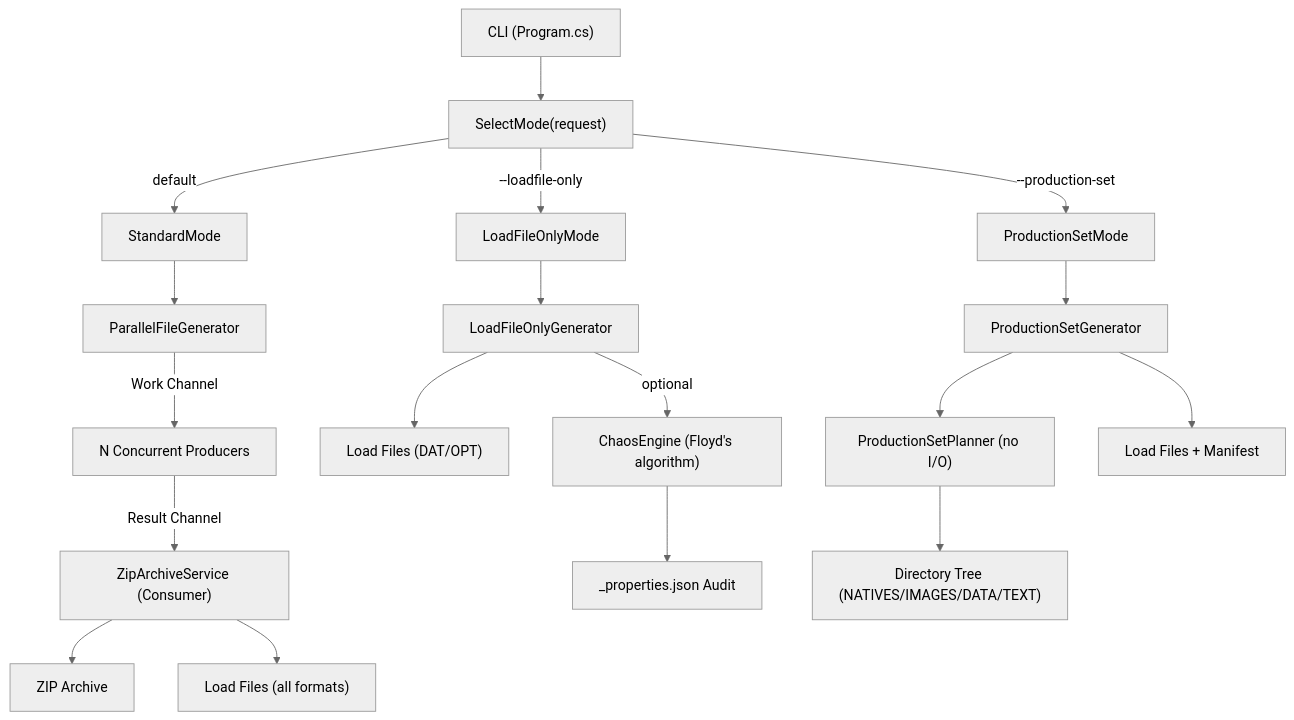
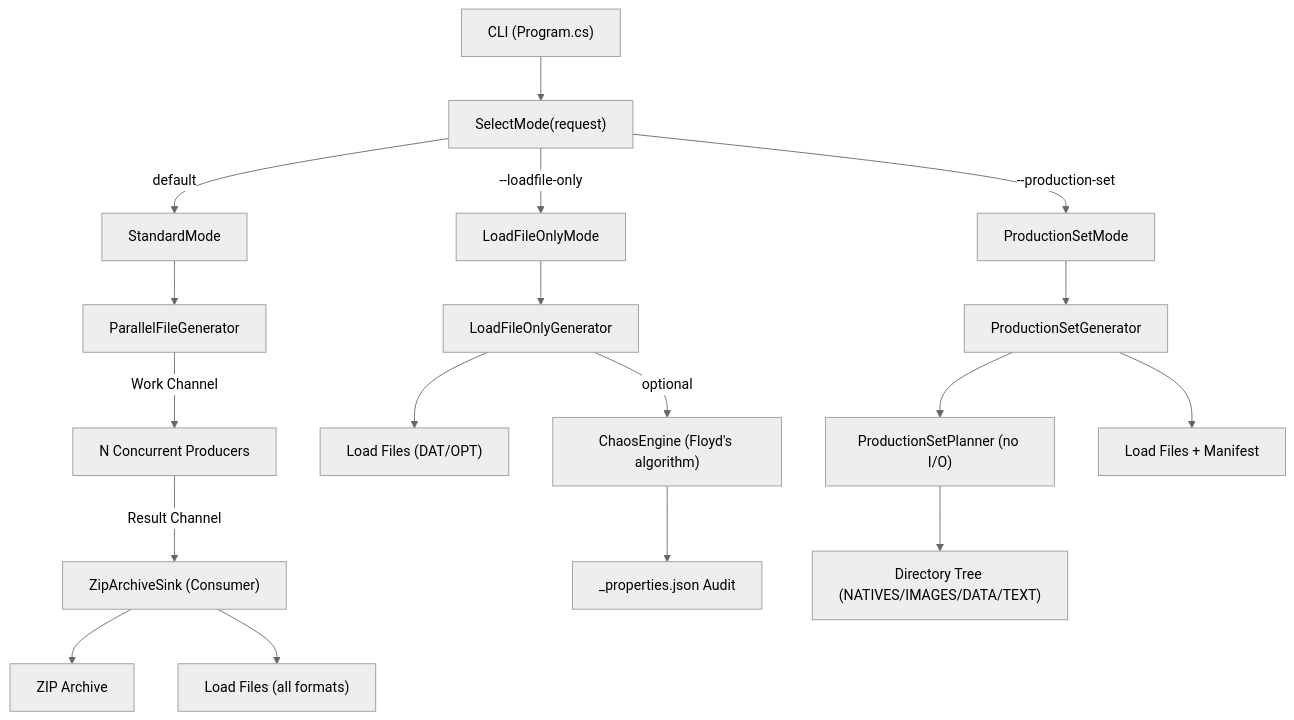
The first of 3 diagrams in docs/architecture.md (dwojtaszek/zipper), drawn with Mermaid (neutral theme) before and after one commit. The commit also changed other lines of this file and 1 other file, not shown here.

````diff
--- a/docs/architecture.md
+++ b/docs/architecture.md
@@ -40,24 +40,24 @@
 ```mermaid
 graph TD
     CLI["CLI (Program.cs)"]
     CLI --> SelectMode["SelectMode(request)"]
     SelectMode -->|"default"| StandardMode["StandardMode"]
     SelectMode -->|"--loadfile-only"| LoadFileOnlyMode["LoadFileOnlyMode"]
     SelectMode -->|"--production-set"| ProductionSetMode["ProductionSetMode"]
 
     StandardMode --> PFG["ParallelFileGenerator"]
     PFG -->|"Work Channel"| Producers["N Concurrent Producers"]
-    Producers -->|"Result Channel"| ZAS["ZipArchiveService (Consumer)"]
+    Producers -->|"Result Channel"| ZAS["ZipArchiveSink (Consumer)"]
     ZAS --> ZIP["ZIP Archive"]
     ZAS --> LF1["Load Files (all formats)"]
 
     LoadFileOnlyMode --> LOG["LoadFileOnlyGenerator"]
     LOG --> LF2["Load Files (DAT/OPT)"]
     LOG -->|"optional"| Chaos["ChaosEngine (Floyd's algorithm)"]
     Chaos --> Audit["_properties.json Audit"]
 
     ProductionSetMode --> PSG["ProductionSetGenerator"]
     PSG --> PSP["ProductionSetPlanner (no I/O)"]
     PSP --> Tree["Directory Tree (NATIVES/IMAGES/DATA/TEXT)"]
     PSG --> LF3["Load Files + Manifest"]
 ```
````
